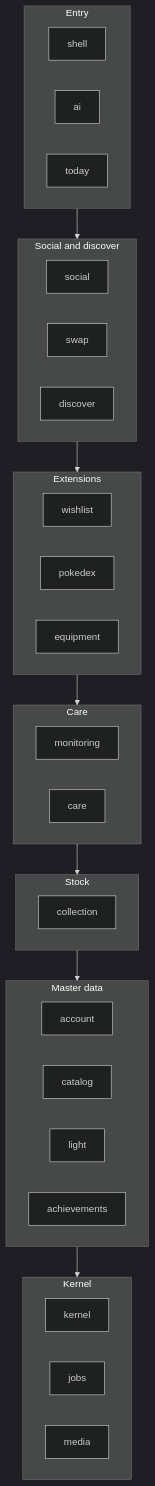
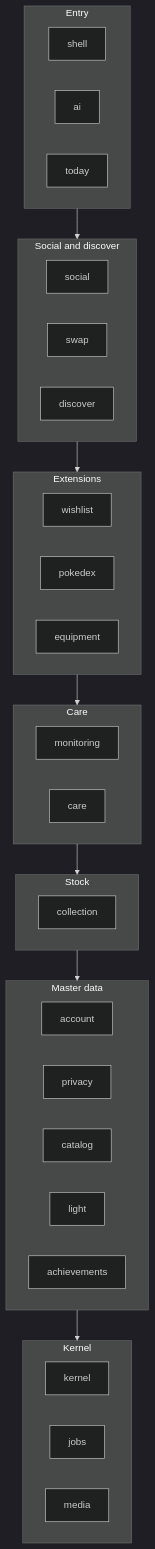
The third of 5 diagrams in docs/guides/reference/arc42.md (PflanzenDex/PflanzenDex), drawn with Mermaid (dark theme) before and after one commit. The commit also changed other lines of this file, not shown here.

````diff
--- a/docs/guides/reference/arc42.md
+++ b/docs/guides/reference/arc42.md
@@ -152,25 +152,25 @@
 ```mermaid
 flowchart TB
   subgraph entry [Entry]
     shell; ai; today
   end
   subgraph socialL [Social and discover]
     social; swap; discover
   end
   subgraph ext [Extensions]
     wishlist; pokedex; equipment
   end
   subgraph careL [Care]
     monitoring; care
   end
   subgraph stock [Stock]
     collection
   end
   subgraph master [Master data]
-    account; catalog; light; achievements
+    account; privacy; catalog; light; achievements
   end
   subgraph base [Kernel]
     kernel; jobs; media
   end
   entry --> socialL --> ext --> careL --> stock --> master --> base
 ```
````
